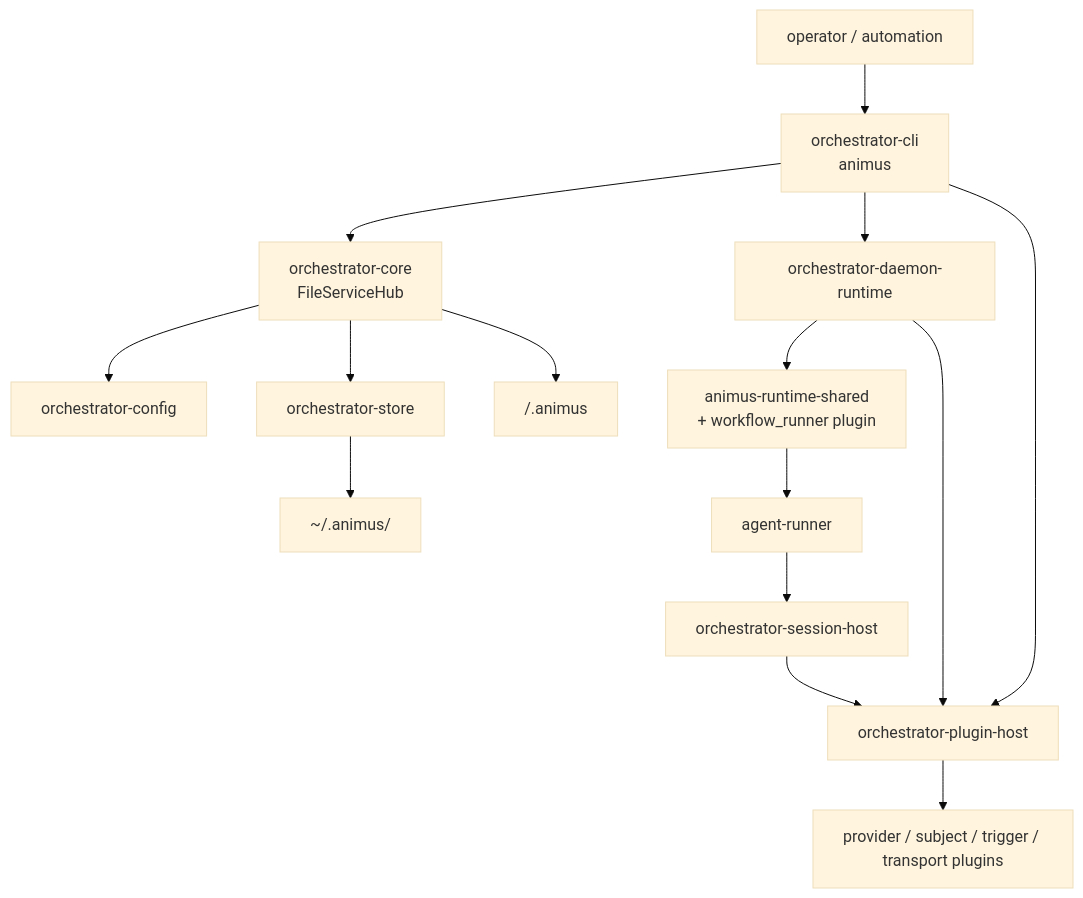
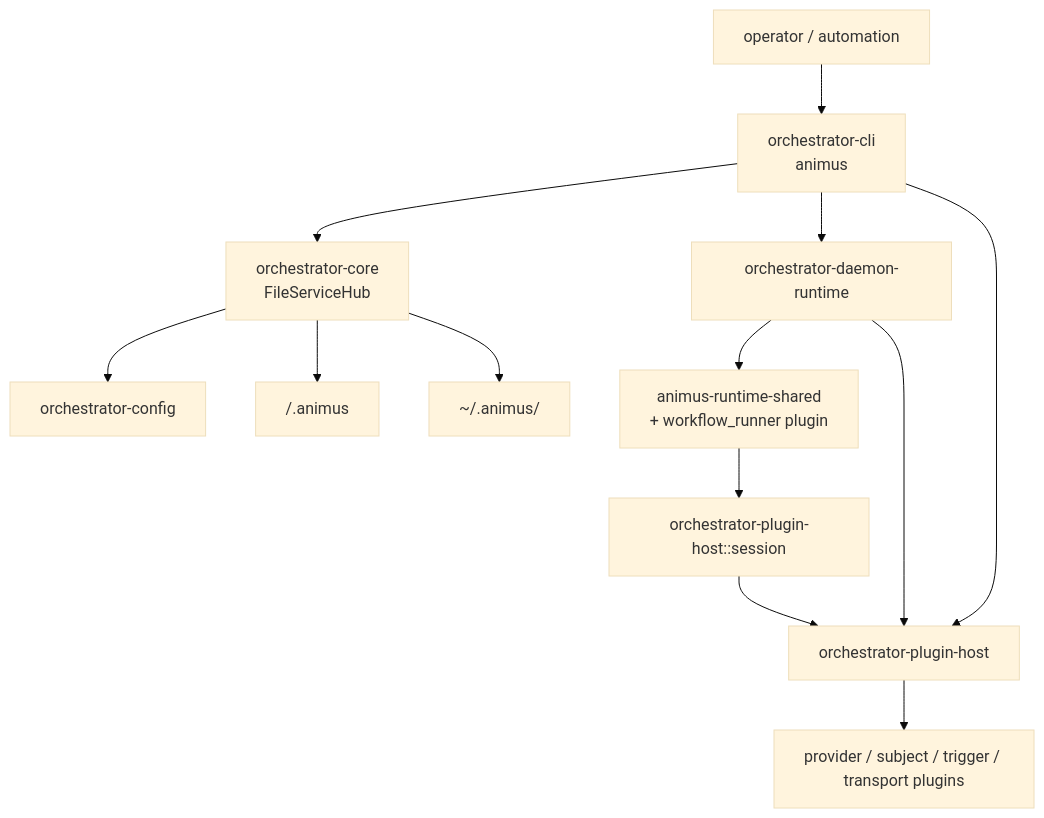
The diagram in docs/architecture/runtime-architecture.md (launchapp-dev/animus-cli), drawn with Mermaid (base theme) before and after one commit. The commit also changed other lines of this file and 4 other files, not shown here.

````diff
--- a/docs/architecture/runtime-architecture.md
+++ b/docs/architecture/runtime-architecture.md
@@ -31,31 +31,27 @@
 ```mermaid
 flowchart TB
     OP["operator / automation"]
     CLI["orchestrator-cli<br/>animus"]
     CORE["orchestrator-core<br/>FileServiceHub"]
     CFG["orchestrator-config"]
-    STORE["orchestrator-store"]
     DAEMON["orchestrator-daemon-runtime"]
     WFR["animus-runtime-shared<br/>+ workflow_runner plugin"]
-    AR["agent-runner"]
-    SESSION["orchestrator-session-host"]
+    SESSION["orchestrator-plugin-host::session"]
     PHOST["orchestrator-plugin-host"]
     PLUGINS["provider / subject / trigger / transport plugins"]
     STATE["~/.animus/<repo-scope>"]
     LOCAL["<project>/.animus"]
 
     OP --> CLI
     CLI --> CORE
     CLI --> DAEMON
     CORE --> CFG
-    CORE --> STORE
     CORE --> LOCAL
-    STORE --> STATE
+    CORE --> STATE
     DAEMON --> WFR
-    WFR --> AR
-    AR --> SESSION
+    WFR --> SESSION
     SESSION --> PHOST
     DAEMON --> PHOST
     CLI --> PHOST
     PHOST --> PLUGINS
 ```
````
